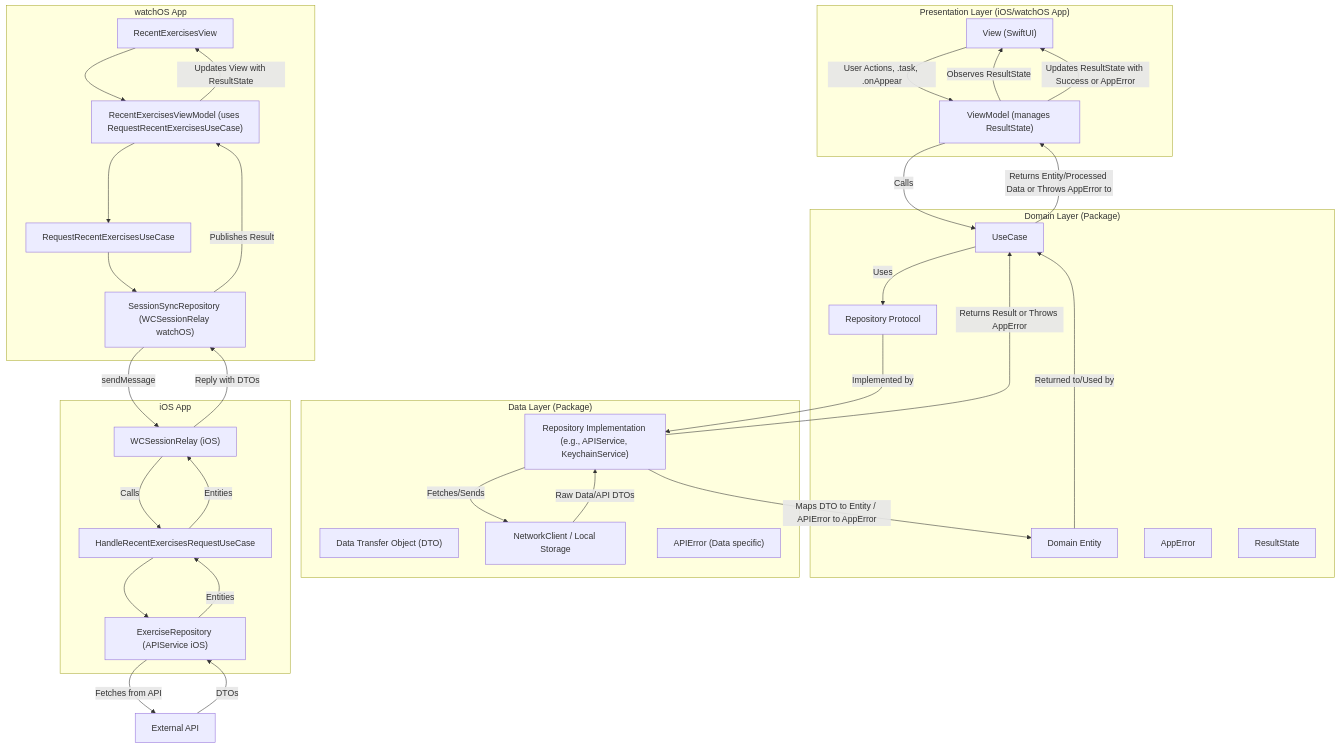
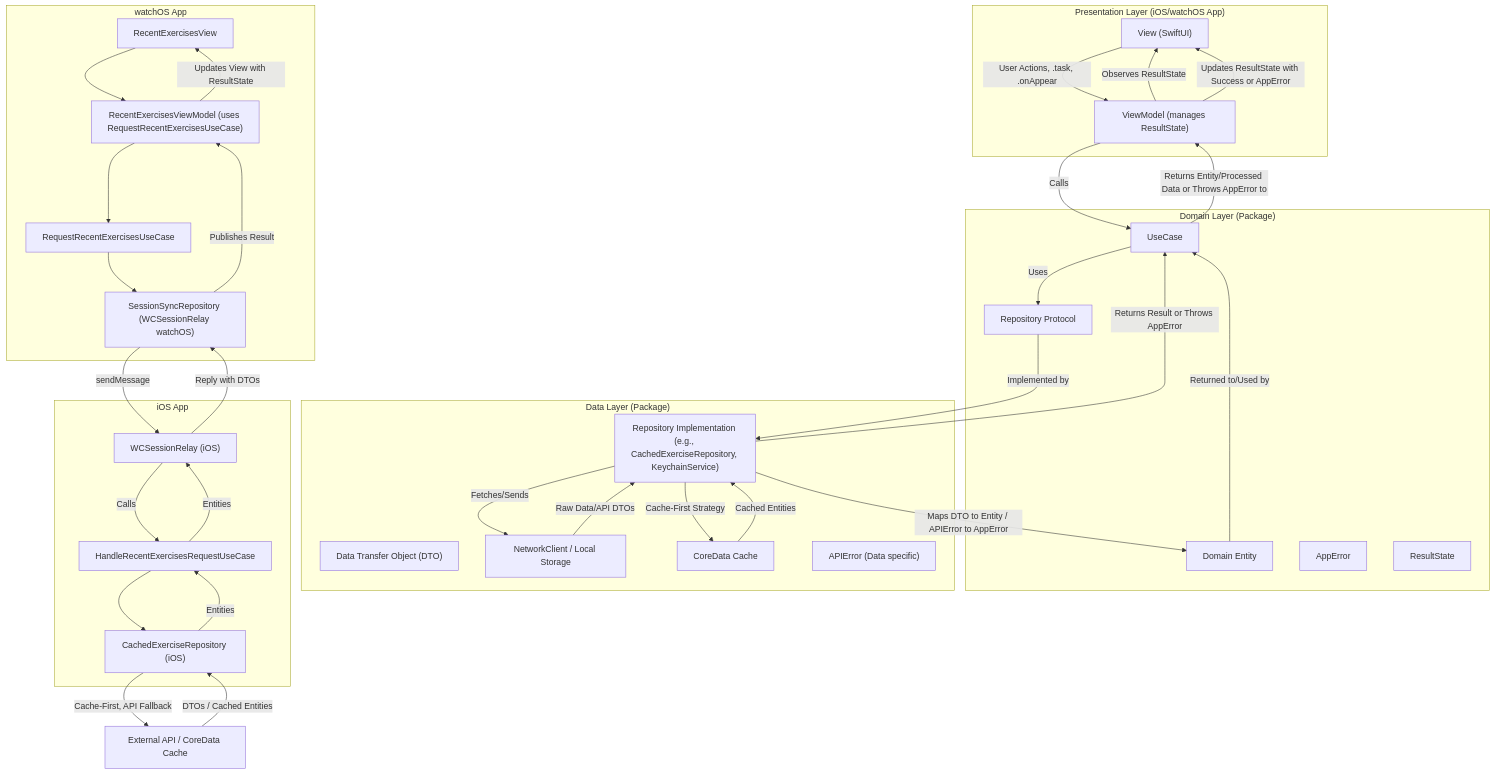
Before and after one commit to aiirononeko/bulktrack-ios: the diagram in README.md, drawn with Mermaid. The commit also changed other lines of this file and 17 other files, not shown here.

````diff
--- a/README.md
+++ b/README.md
@@ -125,65 +131,68 @@
 ```mermaid
 graph TD
     subgraph "Presentation Layer (iOS/watchOS App)"
         View["View (SwiftUI)"]
         ViewModel["ViewModel (manages ResultState)"]
     end
 
     subgraph "Domain Layer (Package)"
         UseCase["UseCase"]
         RepositoryProtocol["Repository Protocol"]
         Entity["Domain Entity"]
         AppError["AppError"]
         ResultState["ResultState"]
     end
 
     subgraph "Data Layer (Package)"
-        RepositoryImpl["Repository Implementation (e.g., APIService, KeychainService)"]
+        RepositoryImpl["Repository Implementation (e.g., CachedExerciseRepository, KeychainService)"]
         DTO["Data Transfer Object (DTO)"]
         NetworkClient["NetworkClient / Local Storage"]
+        CoreDataCache["CoreData Cache"]
         APIError_Data["APIError (Data specific)"]
     end
 
     View -->|User Actions, .task, .onAppear| ViewModel
     ViewModel -->|Calls| UseCase
     UseCase -->|Uses| RepositoryProtocol
     ViewModel -->|Observes ResultState| View
 
     RepositoryProtocol -- Implemented by --> RepositoryImpl
     RepositoryImpl -->|Fetches/Sends| NetworkClient
+    RepositoryImpl -->|Cache-First Strategy| CoreDataCache
     NetworkClient -->|Raw Data/API DTOs| RepositoryImpl
+    CoreDataCache -->|Cached Entities| RepositoryImpl
     RepositoryImpl -->|Maps DTO to Entity / APIError to AppError| Entity
     RepositoryImpl -- Returns Result or Throws AppError --> UseCase
     Entity -- Returned to/Used by --> UseCase
     UseCase -- Returns Entity/Processed Data or Throws AppError to --> ViewModel
     ViewModel -- Updates ResultState with Success or AppError --> View
     
     %% For Watch Connectivity (Example: Recent Exercises)
     subgraph "watchOS App"
         Watch_View["RecentExercisesView"]
         Watch_VM["RecentExercisesViewModel (uses RequestRecentExercisesUseCase)"]
         Watch_UseCase_Req["RequestRecentExercisesUseCase"]
         Watch_SessionSyncRepo["SessionSyncRepository (WCSessionRelay watchOS)"]
     end
     subgraph "iOS App"
         iOS_UseCase_Handle["HandleRecentExercisesRequestUseCase"]
-        iOS_ExerciseRepo["ExerciseRepository (APIService iOS)"]
+        iOS_ExerciseRepo["CachedExerciseRepository (iOS)"]
         iOS_SessionSyncRepo_Relay["WCSessionRelay (iOS)"]
     end
 
     Watch_View --> Watch_VM
     Watch_VM --> Watch_UseCase_Req
     Watch_UseCase_Req --> Watch_SessionSyncRepo
     Watch_SessionSyncRepo -->|sendMessage| iOS_SessionSyncRepo_Relay
 
     iOS_SessionSyncRepo_Relay -->|Calls| iOS_UseCase_Handle
     iOS_UseCase_Handle --> iOS_ExerciseRepo
-    iOS_ExerciseRepo -->|Fetches from API| ExternalAPI["External API"]
-    ExternalAPI -->|DTOs| iOS_ExerciseRepo
+    iOS_ExerciseRepo -->|Cache-First, API Fallback| ExternalAPI["External API / CoreData Cache"]
+    ExternalAPI -->|DTOs / Cached Entities| iOS_ExerciseRepo
     iOS_ExerciseRepo -->|Entities| iOS_UseCase_Handle
     iOS_UseCase_Handle -->|Entities| iOS_SessionSyncRepo_Relay
     
     iOS_SessionSyncRepo_Relay -->|Reply with DTOs| Watch_SessionSyncRepo
     Watch_SessionSyncRepo -- Publishes Result --> Watch_VM
     Watch_VM -->|Updates View with ResultState| Watch_View
 ```
````
